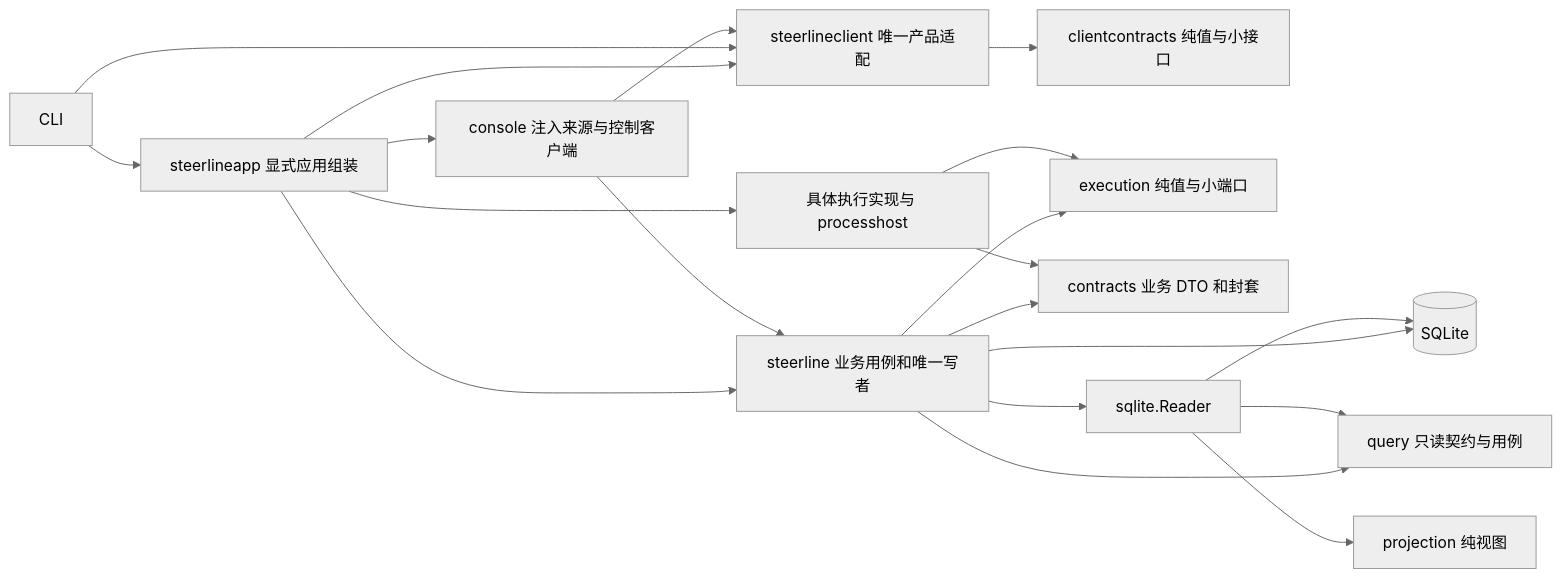
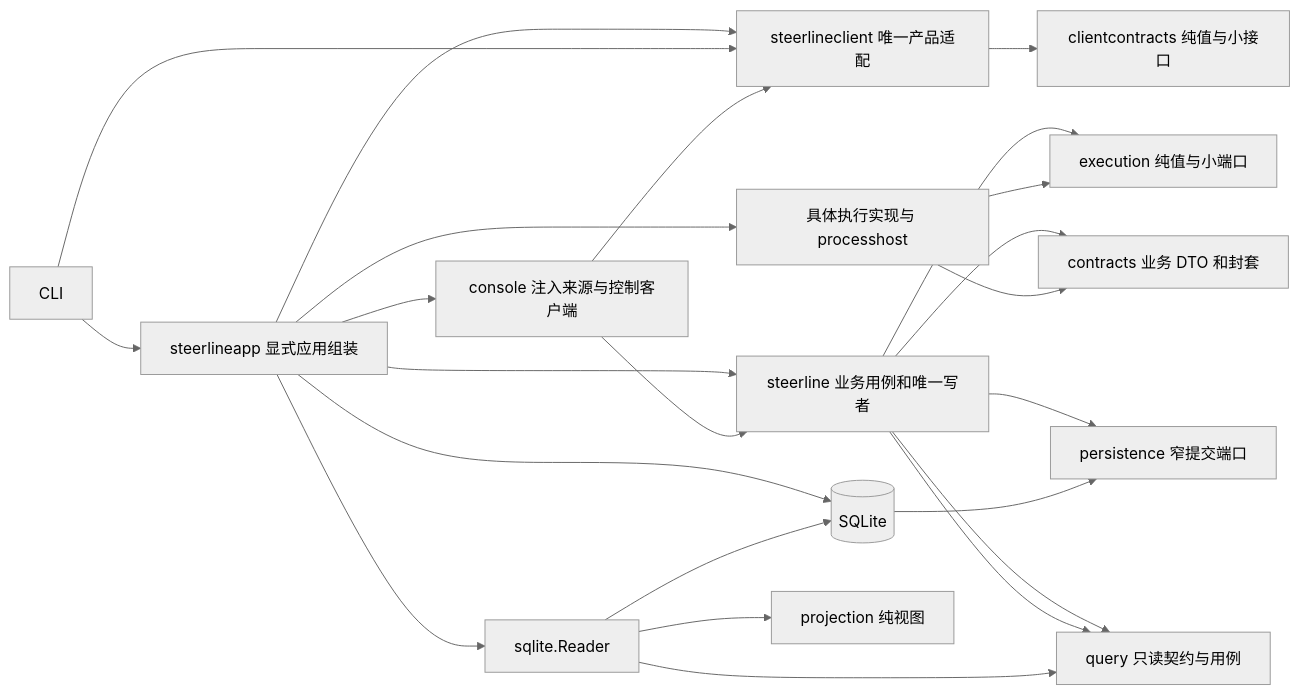
One commit to erranliu/SteerLine changed the first of 2 diagrams in docs/architecture/current-code-architecture.md. Above: the diagram before and after it, drawn with Mermaid (neutral theme). The commit also changed other lines of this file and 208 other files, not shown here.

Commit message:
refactor(sqlite): own atomic persistence implementation (#70)

````diff
--- a/docs/architecture/current-code-architecture.md
+++ b/docs/architecture/current-code-architecture.md
@@ -9,22 +9,25 @@
 ```mermaid
 flowchart LR
     Entry[CLI] --> App[steerlineapp 显式应用组装]
     App --> UI[console 注入来源与控制客户端]
     App --> Client[steerlineclient 唯一产品适配]
     Entry --> Client
     UI --> Client
     Client --> Product[clientcontracts 纯值与小接口]
     App --> Core[steerline 业务用例和唯一写者]
     App --> Impl[具体执行实现与 processhost]
     Core --> Ports[execution 纯值与小端口]
     Core --> Records[contracts 业务 DTO 和封套]
     Impl --> Ports
     Impl --> Records
-    Core --> DB[(SQLite)]
+    App --> DB[(SQLite)]
+    Core --> Persistence[persistence 窄提交端口]
+    DB --> Persistence
     UI --> Core
     Core --> Query[query 只读契约与用例]
-    Core --> Reader[sqlite.Reader]
+    App --> Reader[sqlite.Reader]
+    Core --> Query
     Reader --> Query
     Reader --> DB
     Reader --> Projection[projection 纯视图]
 ```
````
